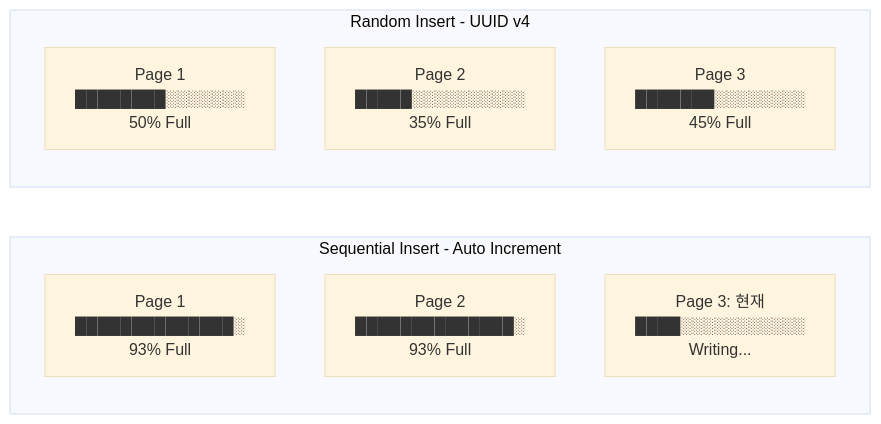
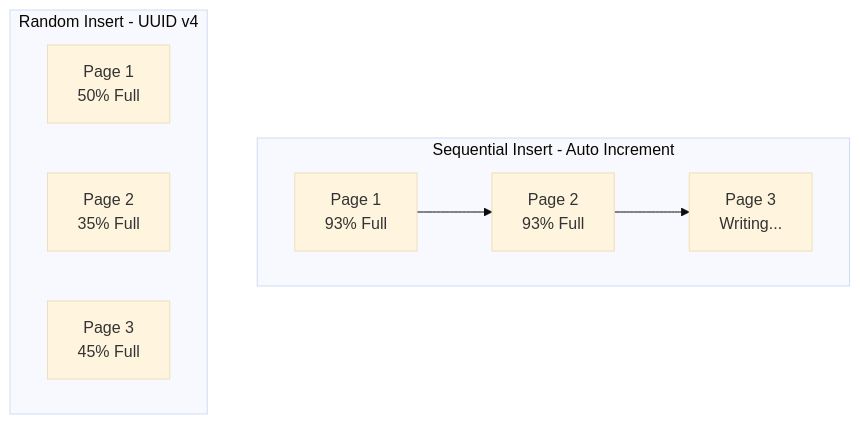
One commit to PreAgile/astro-paper changed the ninth of 14 diagrams in src/data/blog/ko/mysql-btree-index-page-split-deep-dive.md. Above: the diagram before and after it, drawn with Mermaid (base theme). The commit also changed other lines of this file and 17 other files, not shown here.

````diff
--- a/src/data/blog/ko/mysql-btree-index-page-split-deep-dive.md
+++ b/src/data/blog/ko/mysql-btree-index-page-split-deep-dive.md
@@ -234,14 +437,17 @@
 ```mermaid
-graph LR
-    subgraph "Sequential Insert - Auto Increment"
-        S1["Page 1<br/>██████████████░<br/>93% Full"]
-        S2["Page 2<br/>██████████████░<br/>93% Full"]
-        S3["Page 3: 현재<br/>████░░░░░░░░░░░<br/>Writing..."]
+graph TB
+    subgraph SEQ["Sequential Insert - Auto Increment"]
+        direction LR
+        S1["Page 1<br/>93% Full"]
+        S2["Page 2<br/>93% Full"]
+        S3["Page 3<br/>Writing..."]
+        S1 --> S2 --> S3
     end
 
-    subgraph "Random Insert - UUID v4"
-        R1["Page 1<br/>████████░░░░░░░<br/>50% Full"]
-        R2["Page 2<br/>█████░░░░░░░░░░<br/>35% Full"]
-        R3["Page 3<br/>███████░░░░░░░░<br/>45% Full"]
+    subgraph RND["Random Insert - UUID v4"]
+        direction LR
+        R1["Page 1<br/>50% Full"]
+        R2["Page 2<br/>35% Full"]
+        R3["Page 3<br/>45% Full"]
     end
 ```
````
